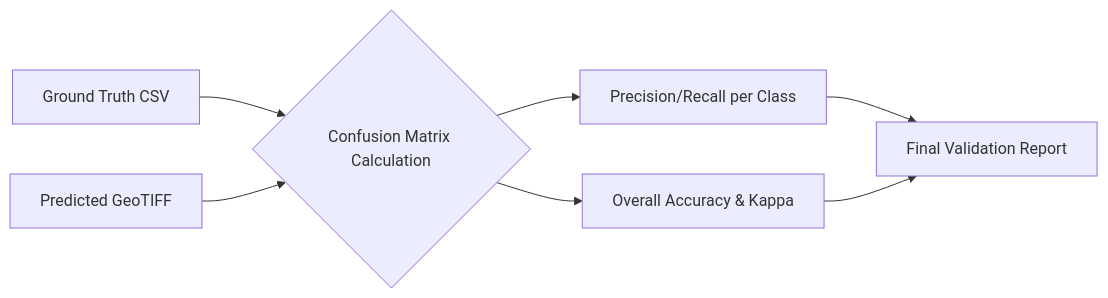
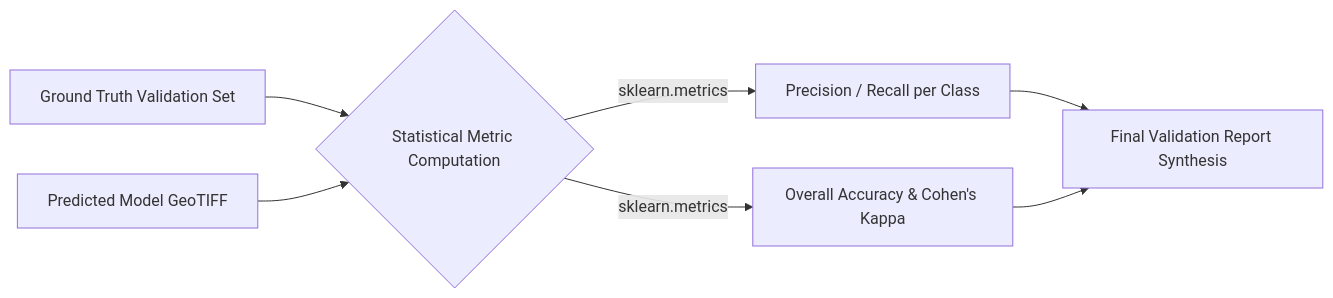
Before and after one commit to DaneshSelwal/LULC_Classification_Singrauli_region: the diagram in docs/manuscript/Chapter_4.md, drawn with Mermaid. The commit also changed other lines of this file and 4 other files, not shown here.

````diff
--- a/docs/manuscript/Chapter_4.md
+++ b/docs/manuscript/Chapter_4.md
@@ -51,9 +62,9 @@
 ```mermaid
 graph LR
-    A[Ground Truth CSV] --> C{Confusion Matrix Calculation}
-    B[Predicted GeoTIFF] --> C
-    C --> D[Precision/Recall per Class]
-    C --> E[Overall Accuracy & Kappa]
-    D --> F[Final Validation Report]
+    A[Ground Truth Validation Set] --> C{Statistical Metric Computation}
+    B[Predicted Model GeoTIFF] --> C
+    C -->|sklearn.metrics| D[Precision / Recall per Class]
+    C -->|sklearn.metrics| E[Overall Accuracy & Cohen's Kappa]
+    D --> F[Final Validation Report Synthesis]
     E --> F
 ```
````
